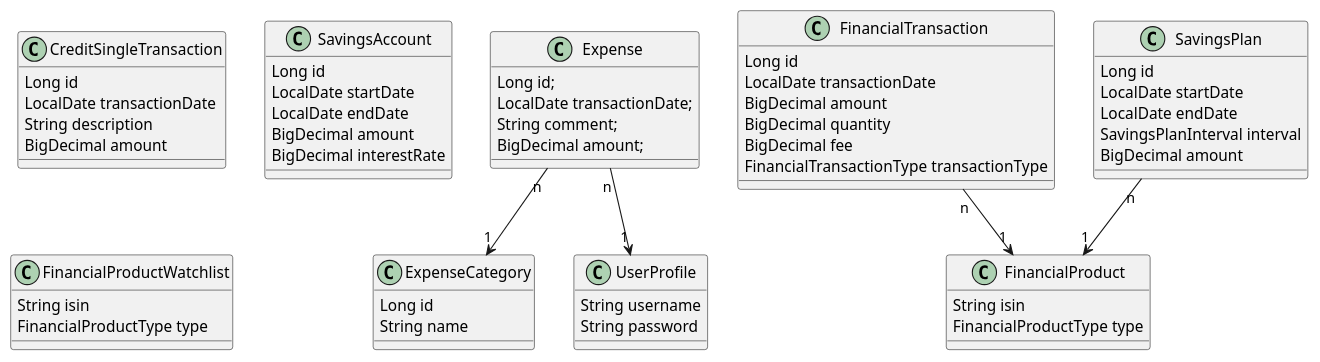
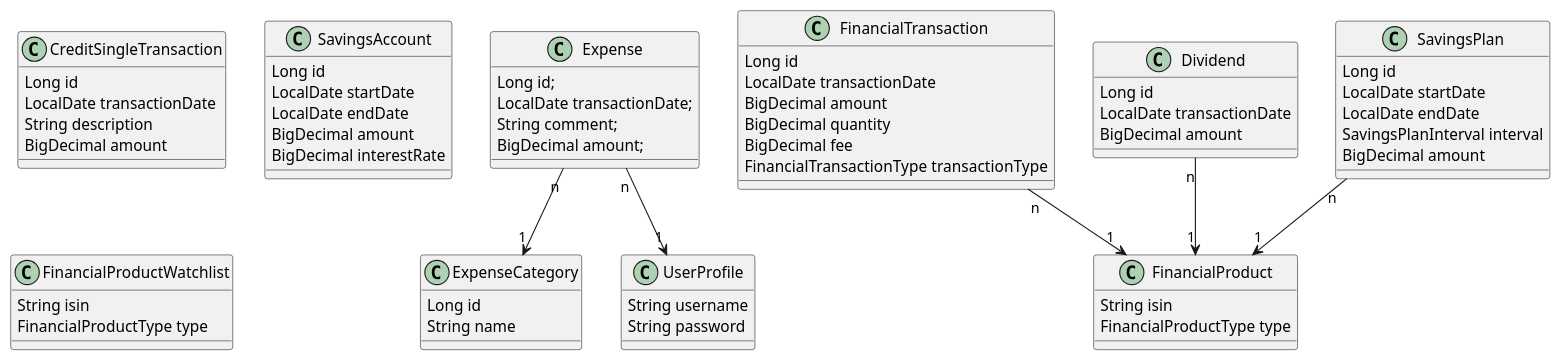
One commit to v3rtumnus/plan-man changed the diagram in doc/class_diagram.plantuml. Above: the diagram before and after it, drawn with PlantUML. The commit also changed 7 other files, not shown here.

```diff
--- a/doc/class_diagram.plantuml
+++ b/doc/class_diagram.plantuml
@@ -1,66 +1,73 @@
 @startuml
 class CreditSingleTransaction {
   Long id
   LocalDate transactionDate
   String description
   BigDecimal amount
 }
 
 class ExpenseCategory {
   Long id
   String name
 }
 
 class UserProfile {
   String username
   String password
 }
 
 class Expense {
   Long id;
   LocalDate transactionDate;
   String comment;
   BigDecimal amount;
 }
 
 
 class SavingsAccount {
   Long id
   LocalDate startDate
   LocalDate endDate
   BigDecimal amount
   BigDecimal interestRate
 }
 
 class FinancialProduct {
   String isin
   FinancialProductType type
 }
 
 class FinancialProductWatchlist {
   String isin
   FinancialProductType type
 }
 
 class FinancialTransaction {
   Long id
   LocalDate transactionDate
   BigDecimal amount
   BigDecimal quantity
   BigDecimal fee
   FinancialTransactionType transactionType
 }
 
+class Dividend {
+  Long id
+  LocalDate transactionDate
+  BigDecimal amount
+}
+
 class SavingsPlan {
   Long id
   LocalDate startDate
   LocalDate endDate
   SavingsPlanInterval interval
   BigDecimal amount
 }
 
 Expense "n" --> "1" ExpenseCategory
 Expense "n" --> "1" UserProfile
 FinancialTransaction "n" --> "1" FinancialProduct
+Dividend "n" --> "1" FinancialProduct
 SavingsPlan "n" --> "1" FinancialProduct
 @enduml
```
